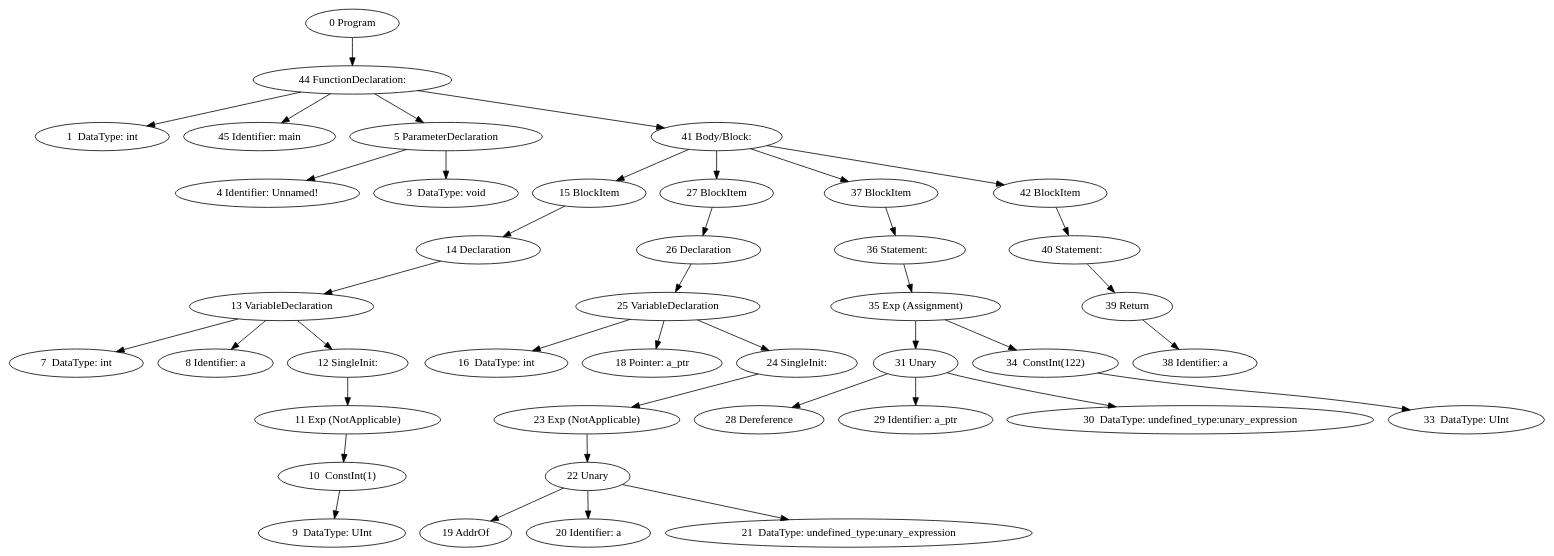
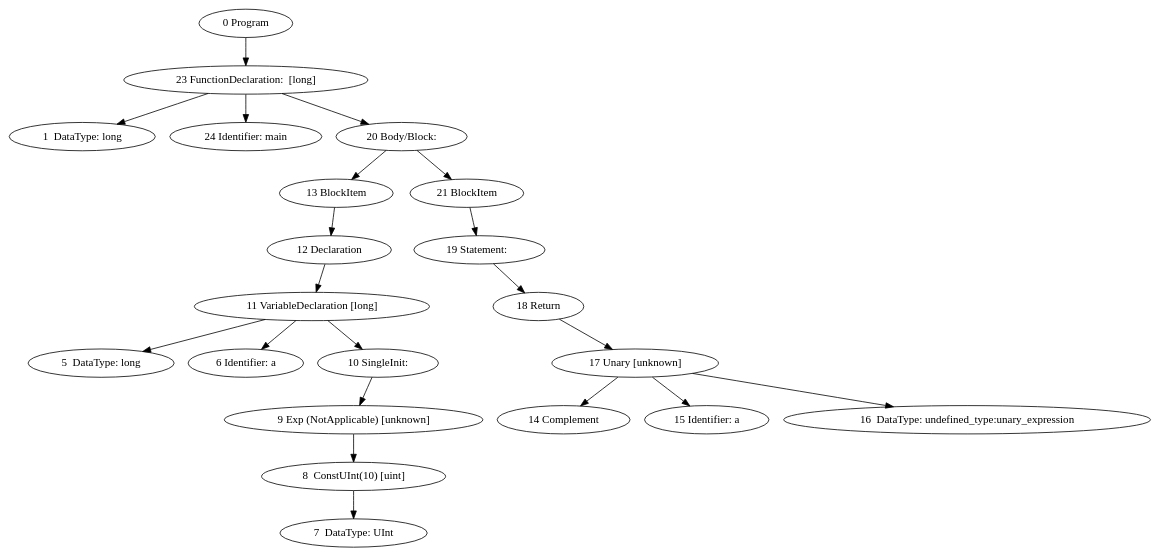
One commit to Thewbi/stm8_asm changed the diagram in abstract_syntax_tree.dot. Above: the diagram before and after it, drawn with Graphviz. The commit also changed 31 other files, not shown here.

Commit message:
Work on more than one type (int, long)

```diff
--- a/abstract_syntax_tree.dot
+++ b/abstract_syntax_tree.dot
@@ -1,83 +1,43 @@
 digraph {
 0 [label="0 Program"]
-44 [label="44 FunctionDeclaration: "]
-1 [label="1  DataType: int"]
-44 -> 1
-45 [label="45 Identifier: main"]
-44 -> 45
-4 [label="4 Identifier: Unnamed!"]
-3 [label="3  DataType: void"]
-5 [label="5 ParameterDeclaration"]
-5 -> 4
-5 -> 3
-44 -> 5
-41 [label="41 Body/Block: "]
-44 -> 41
-15 [label="15 BlockItem"]
-14 [label="14 Declaration"]
-7 [label="7  DataType: int"]
-8 [label="8 Identifier: a"]
-12 [label="12 SingleInit: "]
-11 [label="11 Exp (NotApplicable)"]
-10 [label="10  ConstInt(1)"]
-9 [label="9  DataType: UInt"]
+23 [label="23 FunctionDeclaration:  [long]"]
+1 [label="1  DataType: long"]
+23 -> 1
+24 [label="24 Identifier: main"]
+23 -> 24
+20 [label="20 Body/Block: "]
+23 -> 20
+13 [label="13 BlockItem"]
+12 [label="12 Declaration"]
+5 [label="5  DataType: long"]
+6 [label="6 Identifier: a"]
+10 [label="10 SingleInit: "]
+9 [label="9 Exp (NotApplicable) [unknown]"]
+8 [label="8  ConstUInt(10) [uint]"]
+7 [label="7  DataType: UInt"]
+8 -> 7
+9 -> 8
 10 -> 9
+11 [label="11 VariableDeclaration [long] "]
+11 -> 5
+11 -> 6
 11 -> 10
 12 -> 11
-13 [label="13 VariableDeclaration"]
-13 -> 7
-13 -> 8
 13 -> 12
-14 -> 13
-15 -> 14
-41 -> 15
-27 [label="27 BlockItem"]
-26 [label="26 Declaration"]
-16 [label="16  DataType: int"]
-18 [label="18 Pointer: a_ptr"]
-24 [label="24 SingleInit: "]
-23 [label="23 Exp (NotApplicable)"]
-19 [label="19 AddrOf"]
-20 [label="20 Identifier: a"]
-21 [label="21  DataType: undefined_type:unary_expression"]
-22 [label="22 Unary"]
-22 -> 19
-22 -> 20
-22 -> 21
-23 -> 22
-24 -> 23
-25 [label="25 VariableDeclaration"]
-25 -> 16
-25 -> 18
-25 -> 24
-26 -> 25
-27 -> 26
-41 -> 27
-37 [label="37 BlockItem"]
-35 [label="35 Exp (Assignment)"]
-28 [label="28 Dereference"]
-29 [label="29 Identifier: a_ptr"]
-30 [label="30  DataType: undefined_type:unary_expression"]
-31 [label="31 Unary"]
-31 -> 28
-31 -> 29
-31 -> 30
-35 -> 31
-34 [label="34  ConstInt(122)"]
-33 [label="33  DataType: UInt"]
-34 -> 33
-35 -> 34
-36 [label="36 Statement:  "]
-36 -> 35
-37 -> 36
-41 -> 37
-42 [label="42 BlockItem"]
-38 [label="38 Identifier: a"]
-39 [label="39 Return"]
-39 -> 38
-40 [label="40 Statement:  "]
-40 -> 39
-42 -> 40
-41 -> 42
-0 -> 44
+20 -> 13
+21 [label="21 BlockItem"]
+14 [label="14 Complement"]
+15 [label="15 Identifier: a"]
+16 [label="16  DataType: undefined_type:unary_expression"]
+17 [label="17 Unary [unknown]"]
+17 -> 14
+17 -> 15
+17 -> 16
+18 [label="18 Return"]
+18 -> 17
+19 [label="19 Statement:  "]
+19 -> 18
+21 -> 19
+20 -> 21
+0 -> 23
 }
```
